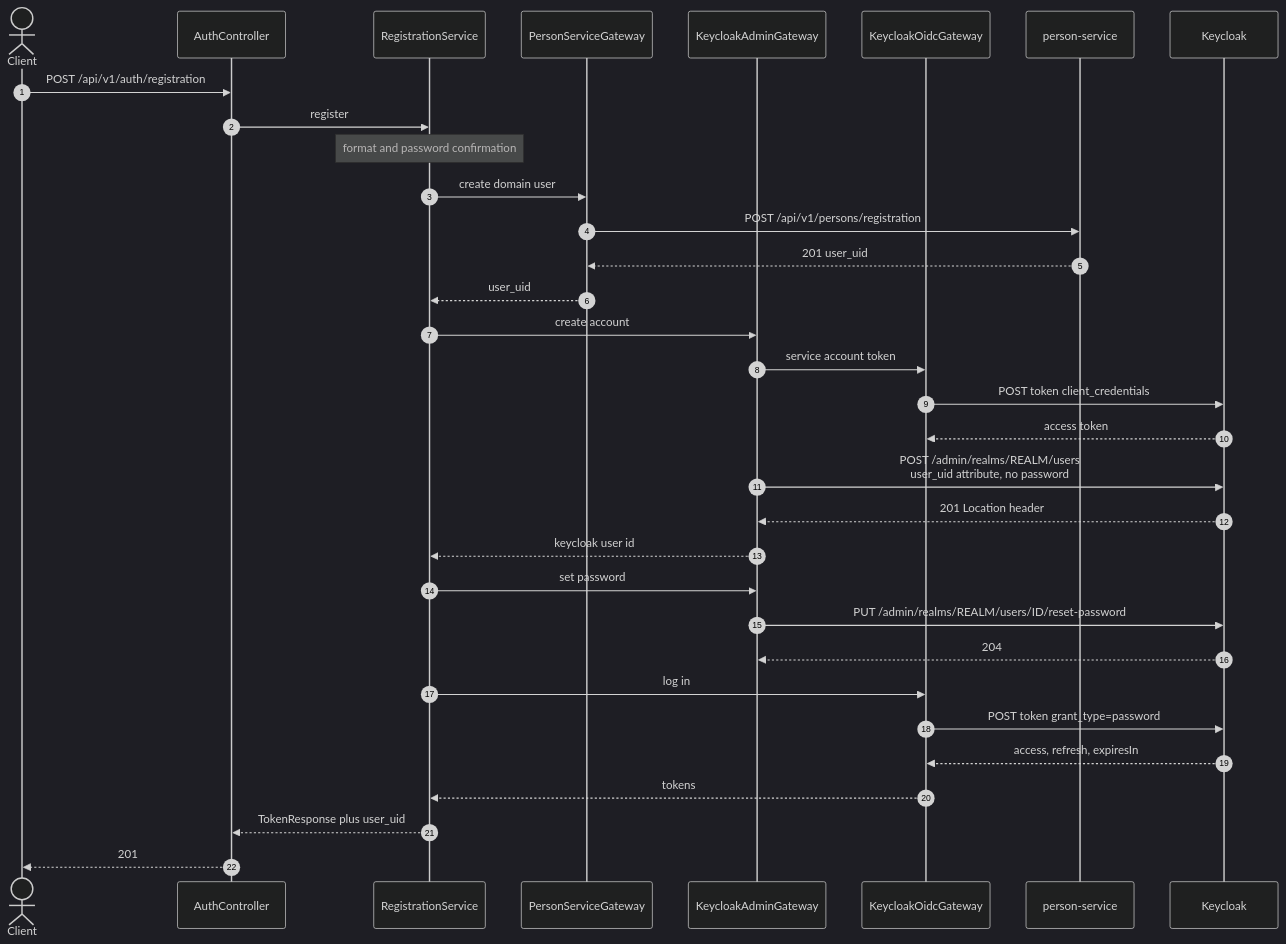
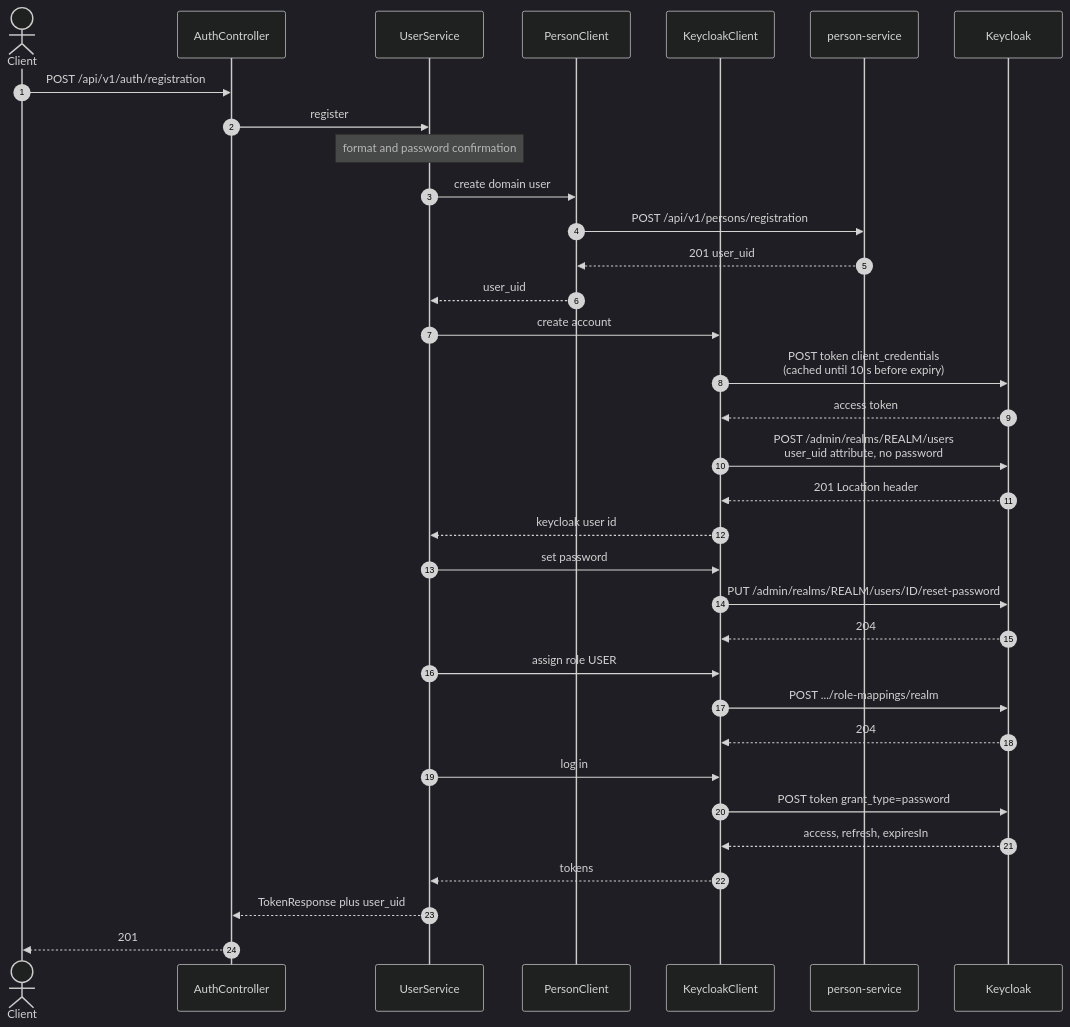
The first of 4 diagrams in CONTEXT.md (dezxxx/payment-platform), drawn with Mermaid (dark theme) before and after one commit. The commit also changed other lines of this file and 91 other files, not shown here.

First line of the commit message:
refactor: follow the teacher's component diagram and build inside Docker

````diff
--- a/CONTEXT.md
+++ b/CONTEXT.md
@@ -469,36 +477,37 @@
 ```mermaid
 sequenceDiagram
     autonumber
     actor Client
     participant Ctl as AuthController
-    participant Svc as RegistrationService
-    participant PGw as PersonServiceGateway
-    participant AGw as KeycloakAdminGateway
-    participant OGw as KeycloakOidcGateway
+    participant Svc as UserService
+    participant PGw as PersonClient
+    participant AGw as KeycloakClient
     participant Ps as person-service
     participant Kc as Keycloak
 
     Client->>Ctl: POST /api/v1/auth/registration
     Ctl->>Svc: register
     Note over Svc: format and password confirmation
     Svc->>PGw: create domain user
     PGw->>Ps: POST /api/v1/persons/registration
     Ps-->>PGw: 201 user_uid
     PGw-->>Svc: user_uid
     Svc->>AGw: create account
-    AGw->>OGw: service account token
-    OGw->>Kc: POST token client_credentials
-    Kc-->>OGw: access token
+    AGw->>Kc: POST token client_credentials<br/>(cached until 10 s before expiry)
+    Kc-->>AGw: access token
     AGw->>Kc: POST /admin/realms/REALM/users<br/>user_uid attribute, no password
     Kc-->>AGw: 201 Location header
     AGw-->>Svc: keycloak user id
     Svc->>AGw: set password
     AGw->>Kc: PUT /admin/realms/REALM/users/ID/reset-password
     Kc-->>AGw: 204
-    Svc->>OGw: log in
-    OGw->>Kc: POST token grant_type=password
-    Kc-->>OGw: access, refresh, expiresIn
-    OGw-->>Svc: tokens
+    Svc->>AGw: assign role USER
+    AGw->>Kc: POST .../role-mappings/realm
+    Kc-->>AGw: 204
+    Svc->>AGw: log in
+    AGw->>Kc: POST token grant_type=password
+    Kc-->>AGw: access, refresh, expiresIn
+    AGw-->>Svc: tokens
     Svc-->>Ctl: TokenResponse plus user_uid
     Ctl-->>Client: 201
 ```
````
